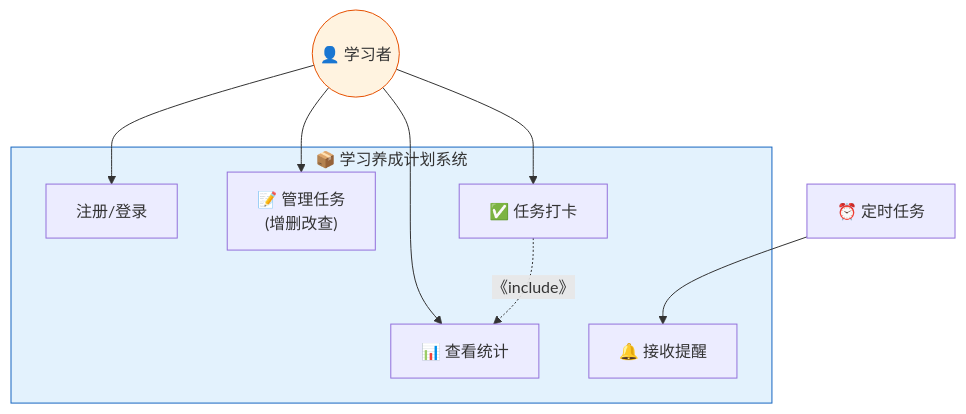
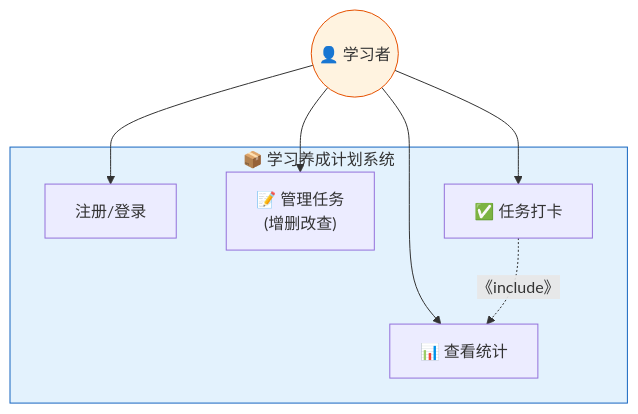
One commit to TonyzzZ666/Study-Agent changed the second of 7 diagrams in 需求报告.md. Above: the diagram before and after it, drawn with Mermaid. The commit also changed other lines of this file and 1 other file, not shown here.

````diff
--- a/需求报告.md
+++ b/需求报告.md
@@ -72,23 +69,19 @@
 ```mermaid
 flowchart TD
     subgraph System["📦 学习养成计划系统"]
         UC01[注册/登录]
         UC02["📝 管理任务<br/>(增删改查)"]
         UC03["✅ 任务打卡"]
         UC04["📊 查看统计"]
-        UC05["🔔 接收提醒"]
     end
 
     Actor((👤 学习者))
-    Scheduler[⏰ 定时任务]
-
     Actor --> UC01
     Actor --> UC02
     Actor --> UC03
     Actor --> UC04
     UC03 -.->|《include》| UC04
-    Scheduler --> UC05
 
     style System fill:#e3f2fd,stroke:#1565c0
     style Actor fill:#fff3e0,stroke:#e65100
 ```
````
